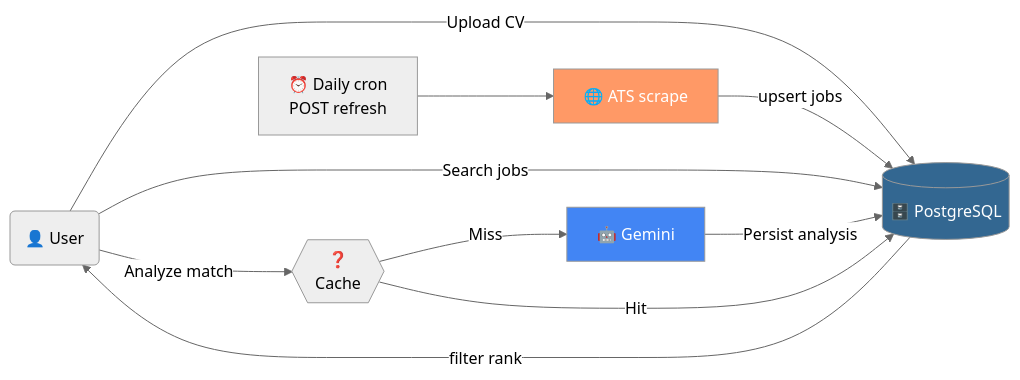
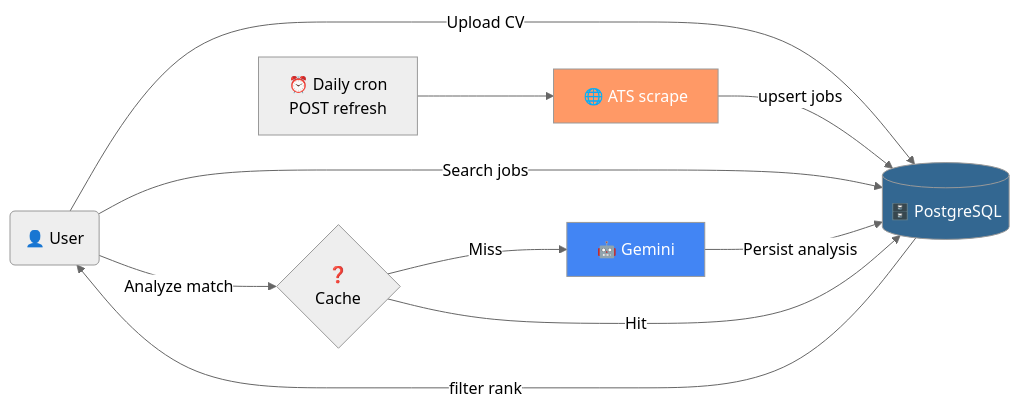
One commit to noynayler/findy changed the first of 2 diagrams in README.md. Above: the diagram before and after it, drawn with Mermaid (neutral theme). The commit also changed other lines of this file and 2 other files, not shown here.

````diff
--- a/README.md
+++ b/README.md
@@ -42,23 +45,23 @@
 ```mermaid
 flowchart LR
     User("👤 User")
     DB[("🗄️ PostgreSQL")]
     Cron["⏰ Daily cron\nPOST refresh"]
     Scrape["🌐 ATS scrape"]
     AI["🤖 Gemini"]
-    Logic{{"❓\n Cache"}}
+    Logic{"❓\n Cache"}
 
     User -->|Upload CV| DB
     Cron --> Scrape
     Scrape -->|upsert jobs| DB
     User -->|Search jobs| DB
     DB -->|filter rank| User
     User -->|Analyze match| Logic
     Logic -->|Miss| AI
     AI -->|Persist analysis| DB
     Logic -->|Hit| DB
 
     style DB fill:#336791,color:#fff
     style AI fill:#4285f4,color:#fff
     style Scrape fill:#f96,color:#fff
 ```
````
